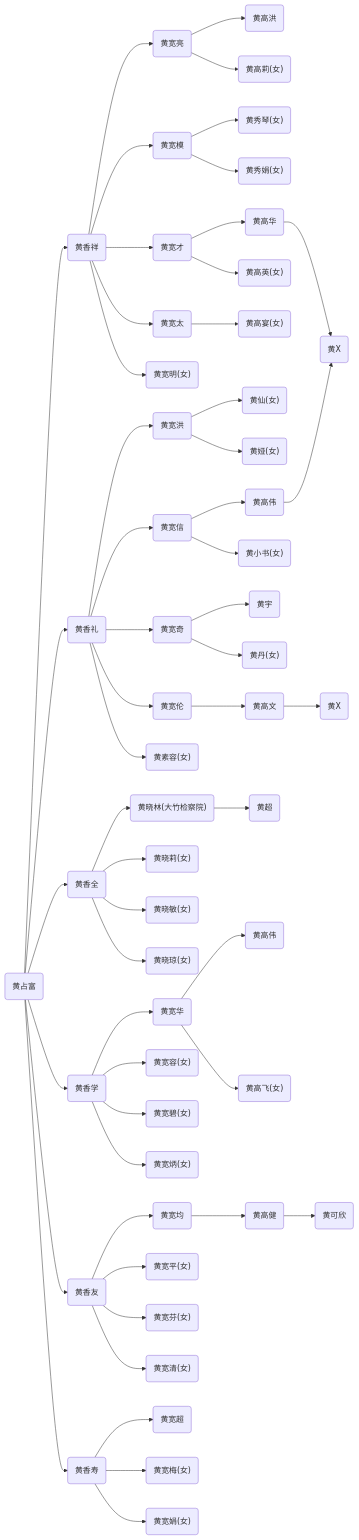
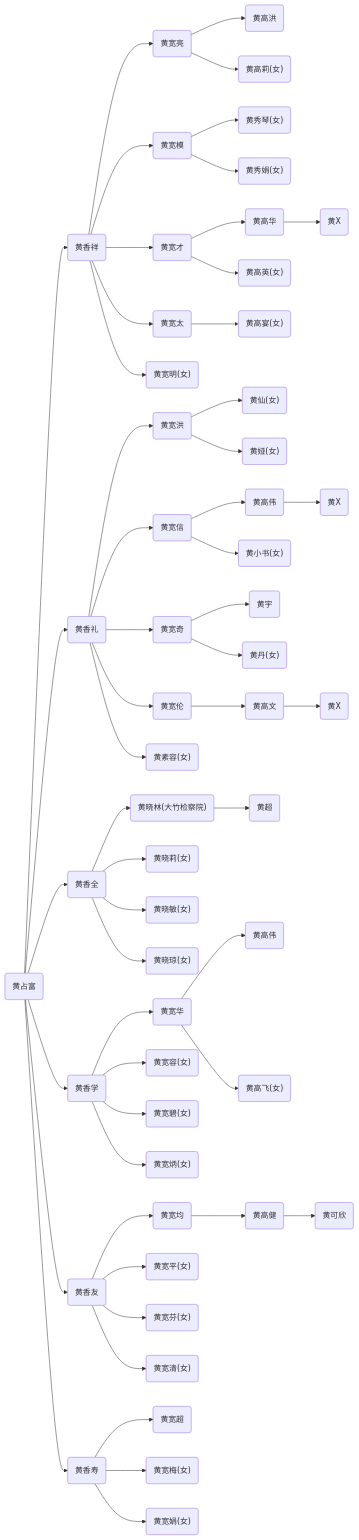
The third of 5 diagrams in contents/chapter3.md (jeanim/jiapu), drawn with Mermaid before and after one commit.

```diff
--- a/contents/chapter3.md
+++ b/contents/chapter3.md
@@ -117,56 +117,56 @@
 {% mermaid %}
 graph LR;
   huangzhanfu("黄占富")-->huangxiangxiang("黄香祥");
   huangxiangxiang("黄香祥")-->huangkuanliang("黄宽亮");
   huangkuanliang("黄宽亮")-->huanggaohong("黄高洪");
   huangkuanliang("黄宽亮")-->huanggaoli("黄高莉(女)");
   huangxiangxiang("黄香祥")-->huangkuanmo("黄宽模");
   huangkuanmo("黄宽模")-->huangxiuqin("黄秀琴(女)");
   huangkuanmo("黄宽模")-->huangxiujuan("黄秀娟(女)");
   huangxiangxiang("黄香祥")-->huangkuancai("黄宽才");
   huangkuancai("黄宽才")-->huanggaohua("黄高华");
   huanggaohua("黄高华")-->huangx("黄X");
   huangkuancai("黄宽才")-->huanggaoying("黄高英(女)");
   huangxiangxiang("黄香祥")-->huangkuantai("黄宽太");
   huangkuantai("黄宽太")-->huanggaoyan("黄高宴(女)");
   huangxiangxiang("黄香祥")-->huangkuanming("黄宽明(女)");
   huangzhanfu("黄占富")-->huangxiangli("黄香礼");
   huangxiangli("黄香礼")-->huangkuanhong("黄宽洪");
   huangkuanhong("黄宽洪")-->huangxian("黄仙(女)");
   huangkuanhong("黄宽洪")-->huangya("黄娅(女)");
   huangxiangli("黄香礼")-->huangkuanxin("黄宽信");
   huangkuanxin("黄宽信")-->huanggaowei("黄高伟");
-  huanggaowei("黄高伟")-->huangx("黄X");
+  huanggaowei("黄高伟")-->huangx2("黄X");
   huangkuanxin("黄宽信")-->huangxiaoshu("黄小书(女)");
   huangxiangli("黄香礼")-->huangkuanqi("黄宽奇");
   huangkuanqi("黄宽奇")-->huangyu("黄宇");
   huangkuanqi("黄宽奇")-->huangdan("黄丹(女)");
   huangxiangli("黄香礼")-->huangkuanlun("黄宽伦");
   huangkuanlun("黄宽伦")-->huanggaowen("黄高文");
-  huanggaowen("黄高文")-->huangx2("黄X");
+  huanggaowen("黄高文")-->huangx3("黄X");
   huangxiangli("黄香礼")-->huangsurong("黄素容(女)");
   huangzhanfu("黄占富")-->huangxiangquan("黄香全");
   huangxiangquan("黄香全")-->huagnxiaolin("黄晓林(大竹检察院)");
   huagnxiaolin("黄晓林(大竹检察院)")-->huangchao("黄超");
   huangxiangquan("黄香全")-->huagnxiaoli("黄晓莉(女)");
   huangxiangquan("黄香全")-->huagnxiaomin("黄晓敏(女)");
   huangxiangquan("黄香全")-->huagnxiaoqiong("黄晓琼(女)");
   huangzhanfu("黄占富")-->huangxiangxue("黄香学");
   huangxiangxue("黄香学")-->huangkuanhua("黄宽华");
   huangkuanhua("黄宽华")-->huanggaowei2("黄高伟");
   huangkuanhua("黄宽华")-->huanggaofei("黄高飞(女)");
   huangxiangxue("黄香学")-->huangkuanrong("黄宽容(女)");
   huangxiangxue("黄香学")-->huangkuanbi("黄宽碧(女)");
   huangxiangxue("黄香学")-->huangkuanbing("黄宽炳(女)");
   huangzhanfu("黄占富")-->huangxiangyou("黄香友");
   huangxiangyou("黄香友")-->huangkuanjun("黄宽均");
   huangkuanjun("黄宽均")-->huanggaojian("黄高健");
   huanggaojian("黄高健")-->huangkexin("黄可欣");
   huangxiangyou("黄香友")-->huangkuanping("黄宽平(女)");
   huangxiangyou("黄香友")-->huangkuanfen("黄宽芬(女)");
   huangxiangyou("黄香友")-->huangkuanqing("黄宽清(女)");
   huangzhanfu("黄占富")-->huangxiangshou("黄香寿");
   huangxiangshou("黄香寿")-->huangkuanchao("黄宽超");
   huangxiangshou("黄香寿")-->huangkuanmei("黄宽梅(女)");
   huangxiangshou("黄香寿")-->huangkuanjuan("黄宽娟(女)");
 {% endmermaid %}
```
